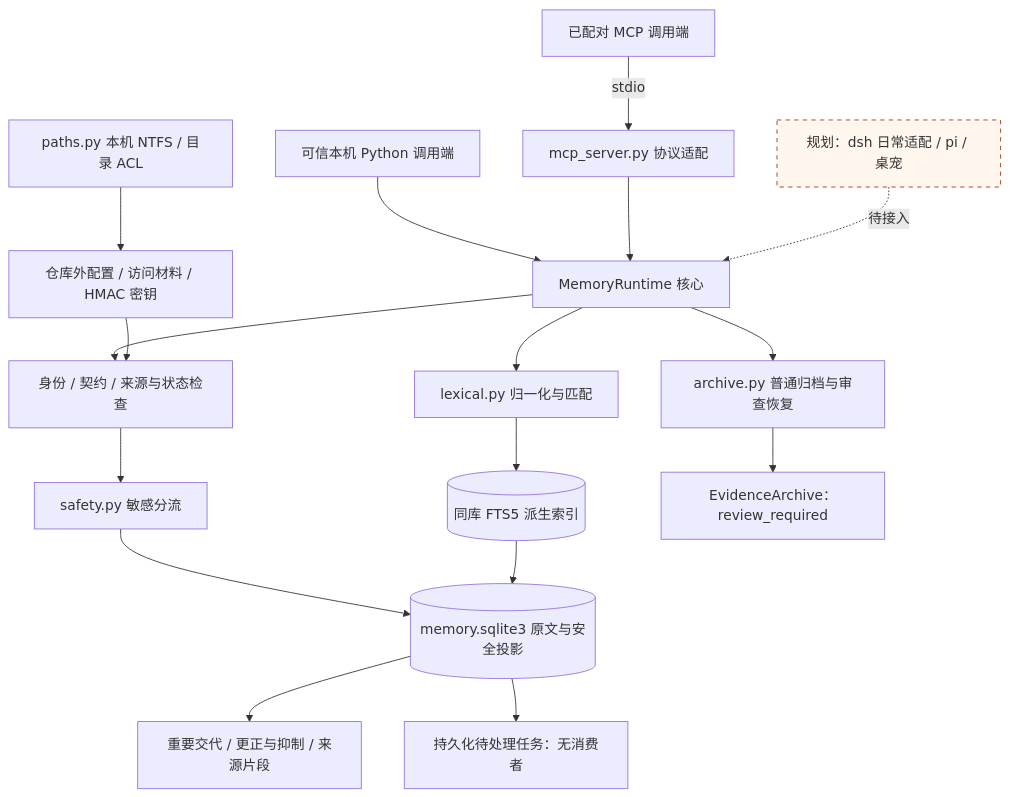
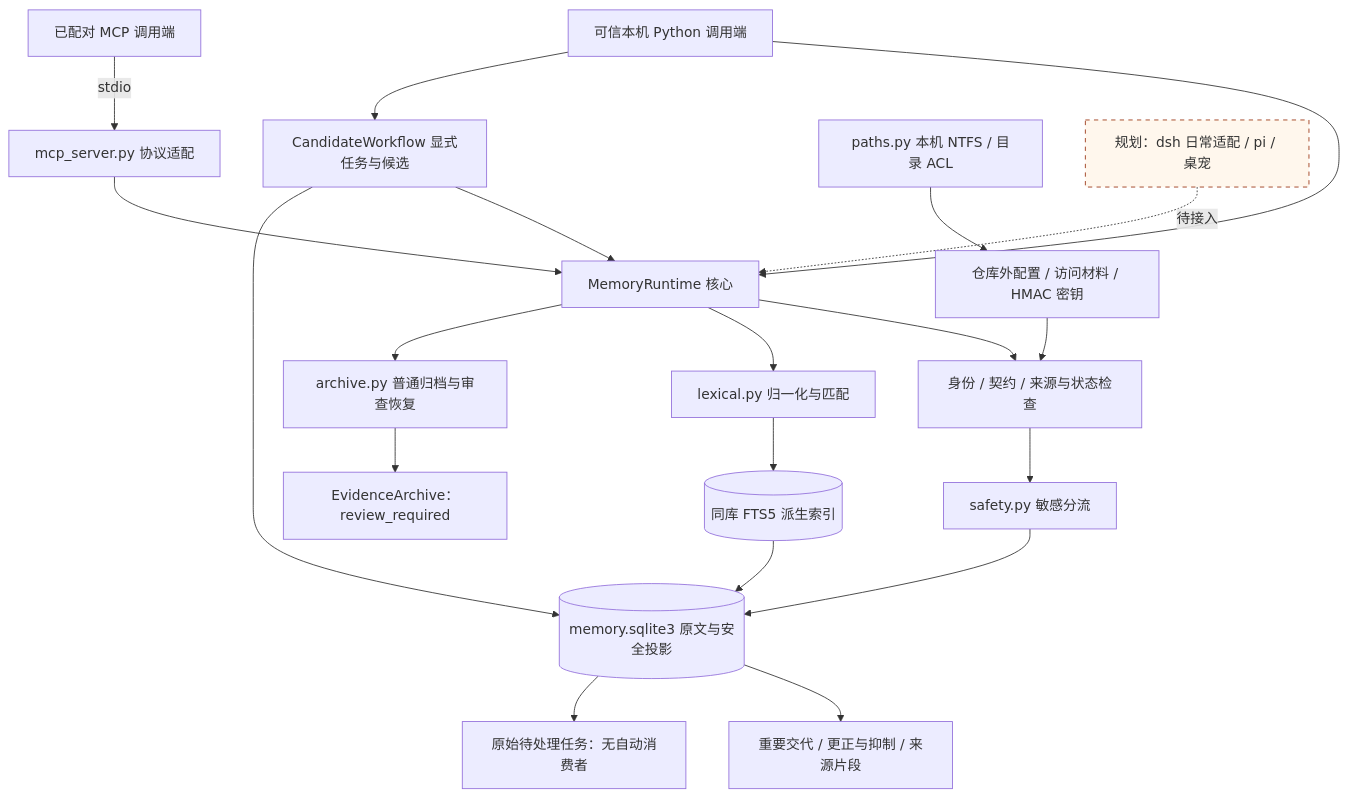
Before and after one commit to destinyTaoTao/evernook: the first of 5 diagrams in docs/current-architecture.md, drawn with Mermaid. The commit also changed other lines of this file and 7 other files, not shown here.

````diff
--- a/docs/current-architecture.md
+++ b/docs/current-architecture.md
@@ -9,21 +9,24 @@
 ```mermaid
 flowchart TB
     Python[可信本机 Python 调用端] --> Runtime[MemoryRuntime 核心]
+    Python --> Candidates[CandidateWorkflow 显式任务与候选]
+    Candidates --> Runtime
     Client[已配对 MCP 调用端] -->|stdio| MCP[mcp_server.py 协议适配]
     MCP --> Runtime
     Runtime --> Auth[身份 / 契约 / 来源与状态检查]
     Auth --> Safety[safety.py 敏感分流]
     Safety --> Ledger[(memory.sqlite3 原文与安全投影)]
     Runtime --> Lexical[lexical.py 归一化与匹配]
     Lexical --> Index[(同库 FTS5 派生索引)]
     Index --> Ledger
     Ledger --> State[重要交代 / 更正与抑制 / 来源片段]
-    Ledger --> Jobs[持久化待处理任务：无消费者]
+    Ledger --> Jobs[原始待处理任务：无自动消费者]
+    Candidates --> Ledger
     Runtime --> Archive[archive.py 普通归档与审查恢复]
     Archive --> Review[EvidenceArchive：review_required]
     Files[仓库外配置 / 访问材料 / HMAC 密钥] --> Auth
     Paths[paths.py 本机 NTFS / 目录 ACL] --> Files
     Future[规划：dsh 日常适配 / pi / 桌宠] -. 待接入 .-> Runtime
     classDef planned fill:#fff7ed,stroke:#9a3412,stroke-dasharray:5 5
     class Future planned
 ```
````
